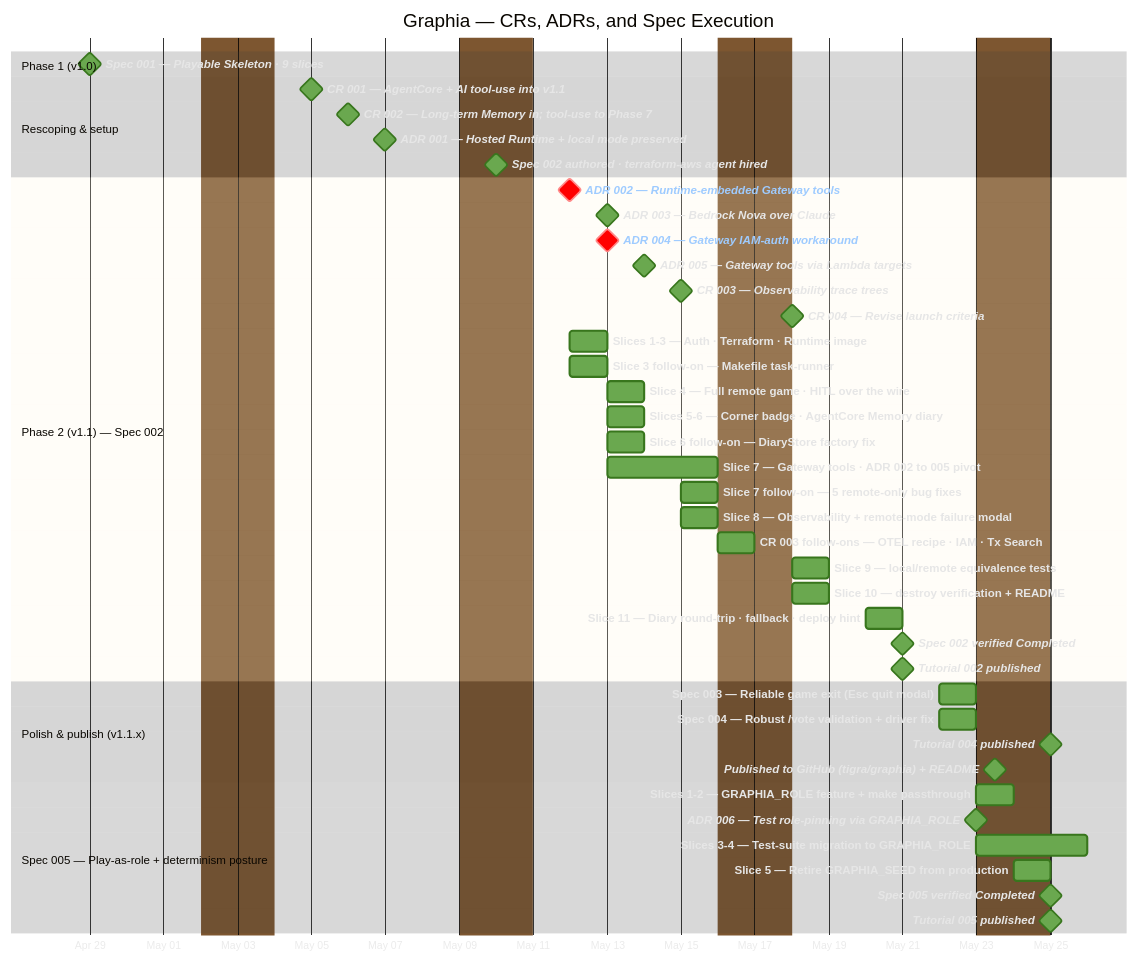
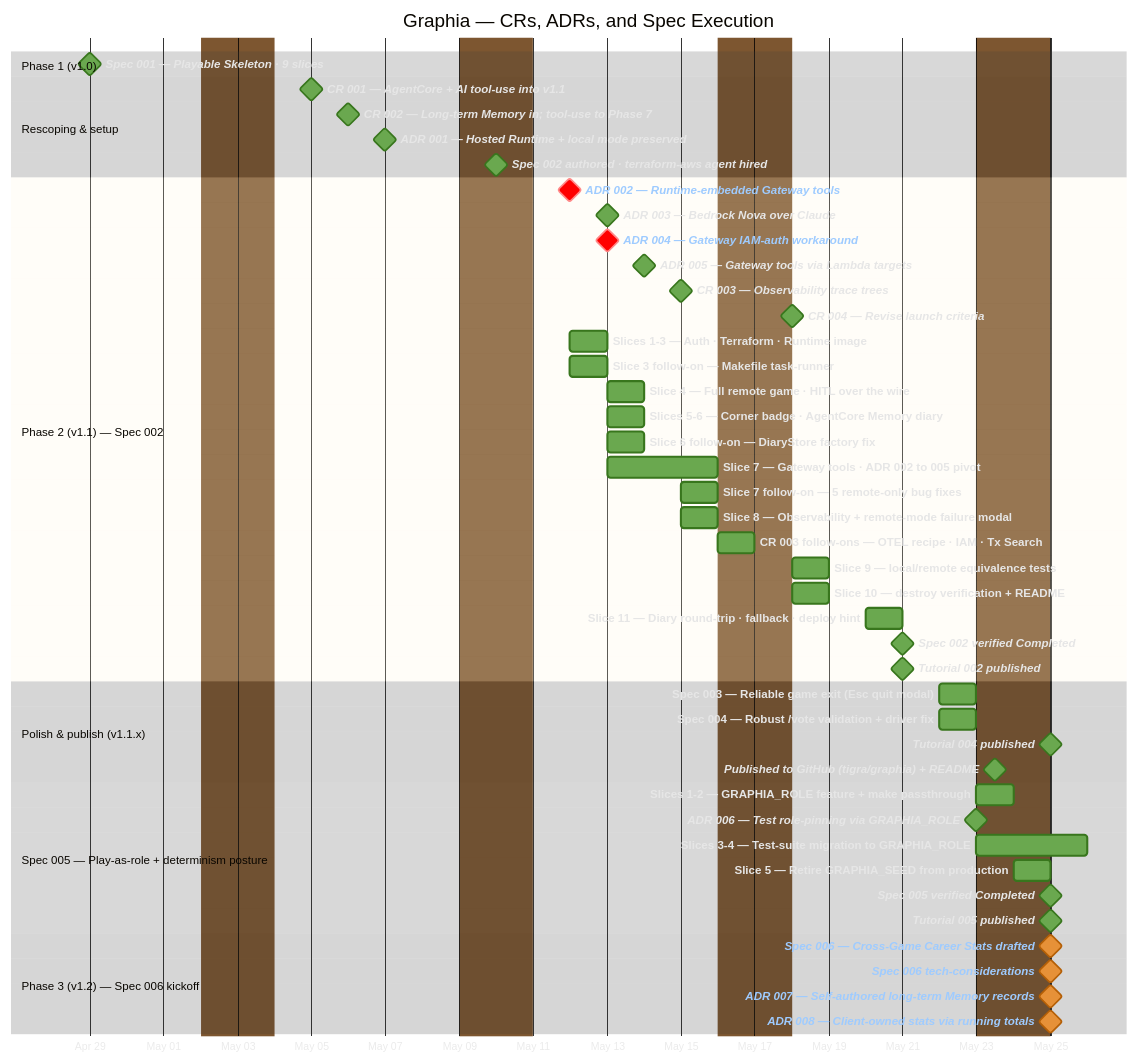
The diagram in context/project-timeline.md (tigra/graphia), drawn with Mermaid before and after one commit. The commit also changed other lines of this file and 1 other file, not shown here.

First line of the commit message:
Project timeline: fold in Act 6 — Phase 3 kickoff (spec 006 + ADRs 007/008)

````diff
--- a/context/project-timeline.md
+++ b/context/project-timeline.md
@@ -68,6 +68,12 @@
     Spec 005 verified Completed                          :milestone, done, sp5v, after sp5s5, 0d
     Tutorial 005 published                               :milestone, done, t5, after sp5v, 0d
 
+    section Phase 3 (v1.2) — Spec 006 kickoff
+    Spec 006 — Cross-Game Career Stats drafted           :milestone, active, sp6, 2026-05-25, 0d
+    Spec 006 tech-considerations                         :milestone, active, sp6t, 2026-05-25, 0d
+    ADR 007 — Self-authored long-term Memory records     :milestone, active, a7, 2026-05-25, 0d
+    ADR 008 — Client-owned stats via running totals      :milestone, active, a8, 2026-05-25, 0d
+
     click sp1 href "https://github.com/tigra/graphia/tree/main/context/spec/001-playable-skeleton"
     click m1 href "https://github.com/tigra/graphia/blob/main/context/change-requests/001-agentcore-and-tools-in-scope.md"
     click m2 href "https://github.com/tigra/graphia/blob/main/context/change-requests/002-long-term-memory-for-cross-game-stats.md"
@@ -103,4 +109,8 @@
     click sp5s5 href "https://github.com/tigra/graphia/tree/main/context/spec/005-play-as-role"
     click sp5v href "https://github.com/tigra/graphia/blob/main/context/spec/005-play-as-role/functional-spec.md"
     click t5 href "https://github.com/tigra/graphia/blob/main/context/tutorials/005-play-as-role/tutorial.md"
+    click sp6 href "https://github.com/tigra/graphia/blob/main/context/spec/006-cross-game-career-stats/functional-spec.md"
+    click sp6t href "https://github.com/tigra/graphia/blob/main/context/spec/006-cross-game-career-stats/technical-considerations.md"
+    click a7 href "https://github.com/tigra/graphia/blob/main/context/adr/007-cross-game-stats-as-long-term-memory-records.md"
+    click a8 href "https://github.com/tigra/graphia/blob/main/context/adr/008-client-owned-cross-game-stats.md"
 ```
````
